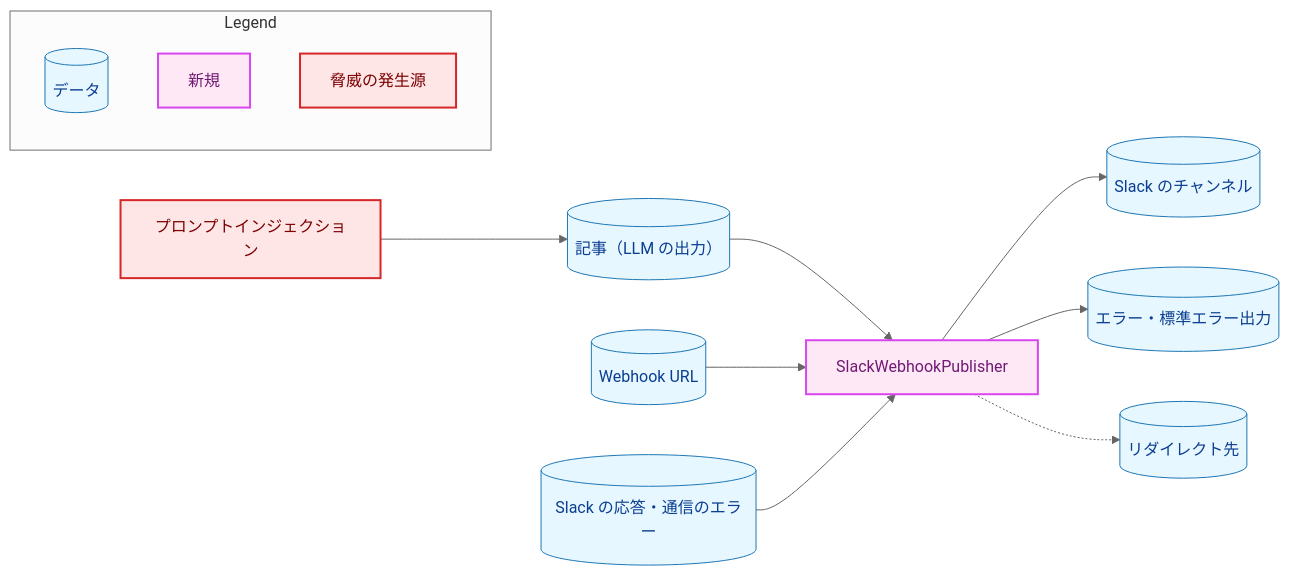
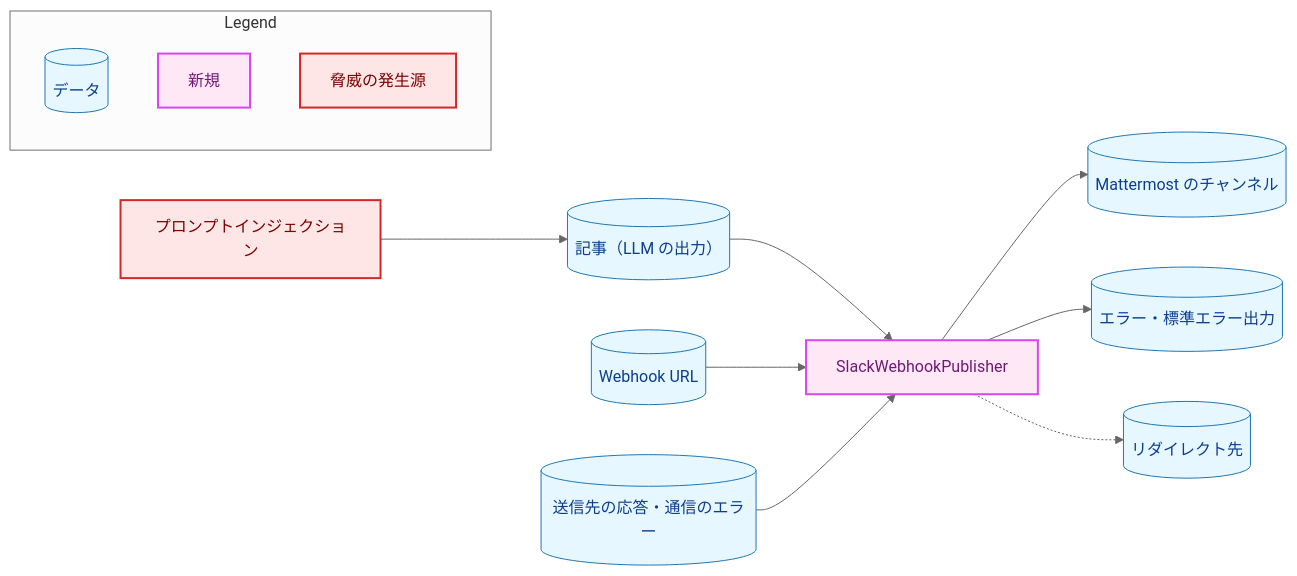
Before and after one commit to isseis/yt2column: the fifth of 7 diagrams in docs/tasks/0006_slack_webhook_publisher/02_architecture.md, drawn with Mermaid (neutral theme). The commit also changed other lines of this file, not shown here.

First line of the commit message:
docs(0006): rewrite the architecture for the Slack-compatible webhook

````diff
--- a/docs/tasks/0006_slack_webhook_publisher/02_architecture.md
+++ b/docs/tasks/0006_slack_webhook_publisher/02_architecture.md
@@ -795,36 +826,36 @@
 ```mermaid
 flowchart LR
     classDef data fill:#e6f7ff,stroke:#1f77b4,stroke-width:1px,color:#0b3d91;
     classDef newpkg fill:#ffe8f5,stroke:#d946ef,stroke-width:2px,color:#701a75;
     classDef problem fill:#ffe6e6,stroke:#d62728,stroke-width:2px,color:#7b0000;
 
     INJ["プロンプトインジェクション"]
     ART[("記事（LLM の出力）")]
     URLV[("Webhook URL")]
-    RESP[("Slack の応答・通信のエラー")]
+    RESP[("送信先の応答・通信のエラー")]
     SPUB["SlackWebhookPublisher"]
-    SLACK[("Slack のチャンネル")]
+    CHAN[("Mattermost のチャンネル")]
     ERR[("エラー・標準エラー出力")]
     REDIR[("リダイレクト先")]
 
     INJ --> ART
     ART --> SPUB
     URLV --> SPUB
-    SPUB --> SLACK
+    SPUB --> CHAN
     RESP --> SPUB
     SPUB --> ERR
     SPUB -.-> REDIR
 
-    class ART,URLV,RESP,SLACK,ERR,REDIR data
+    class ART,URLV,RESP,CHAN,ERR,REDIR data
     class SPUB newpkg
     class INJ problem
 
     subgraph Legend["Legend"]
         L1[("データ")]
         L4["新規"]
         L5["脅威の発生源"]
     end
     class L1 data
     class L4 newpkg
     class L5 problem
 ```
````
